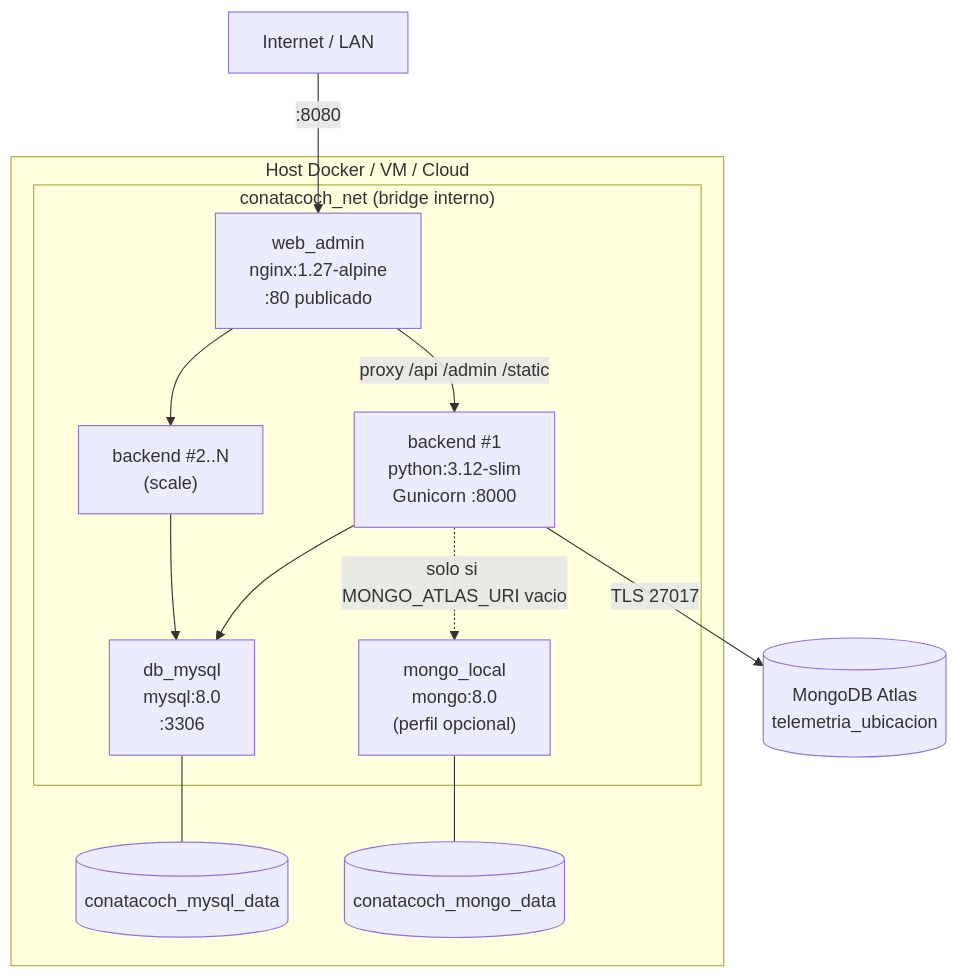
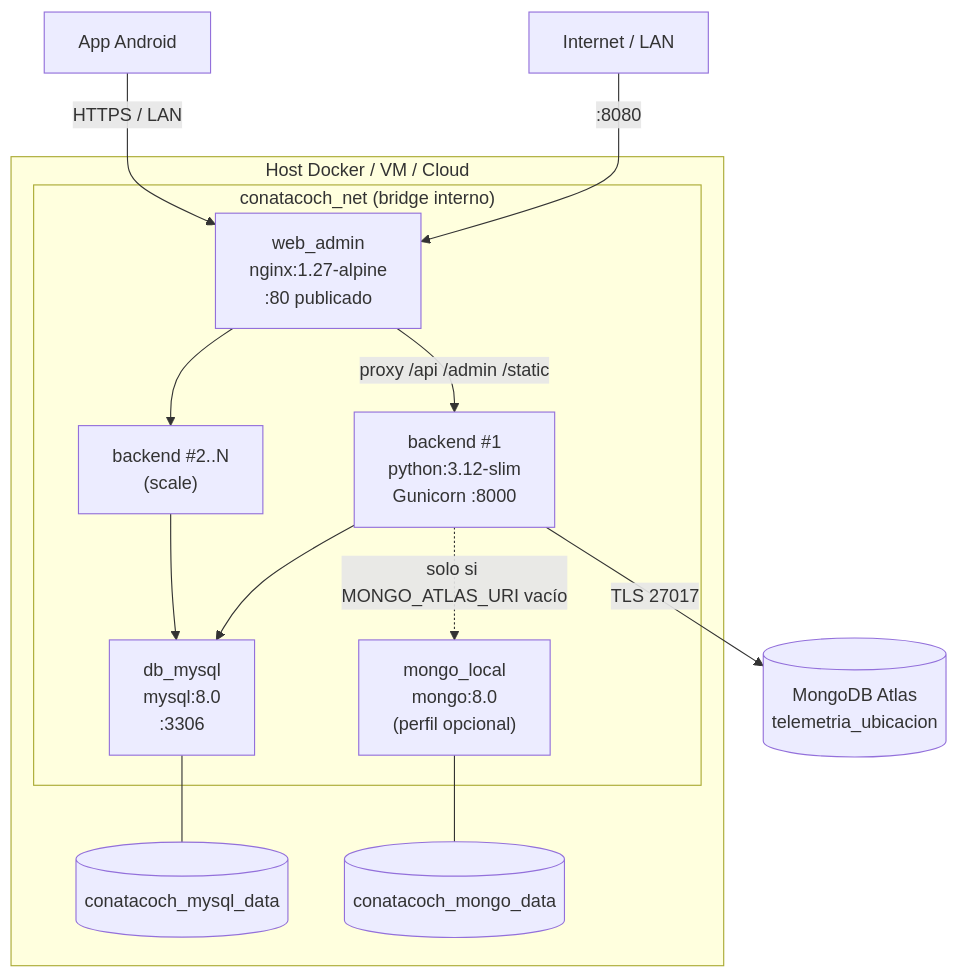
Before and after one commit to NiightSD/PROYECTO-CONATACOCH: the fifth of 6 diagrams in README.md, drawn with Mermaid. The commit also changed other lines of this file and 60 other files, not shown here.

````diff
--- a/README.md
+++ b/README.md
@@ -446,24 +486,25 @@
 ```mermaid
 flowchart TB
     subgraph Host["Host Docker / VM / Cloud"]
         subgraph Net["conatacoch_net (bridge interno)"]
             NGX["web_admin<br/>nginx:1.27-alpine<br/>:80 publicado"]
             BE1["backend #1<br/>python:3.12-slim<br/>Gunicorn :8000"]
             BE2["backend #2..N<br/>(scale)"]
             DB["db_mysql<br/>mysql:8.0<br/>:3306"]
             ML["mongo_local<br/>mongo:8.0<br/>(perfil opcional)"]
         end
         V1[("conatacoch_mysql_data")]
         V2[("conatacoch_mongo_data")]
     end
 
     INTERNET["Internet / LAN"] -->|":8080"| NGX
+    MOBILE["App Android"] -->|"HTTPS / LAN"| NGX
     NGX -->|"proxy /api /admin /static"| BE1
     NGX --> BE2
     BE1 --> DB
     BE2 --> DB
-    BE1 -.->|"solo si MONGO_ATLAS_URI vacio"| ML
+    BE1 -.->|"solo si MONGO_ATLAS_URI vacío"| ML
     BE1 -->|"TLS 27017"| ATLAS[("MongoDB Atlas<br/>telemetria_ubicacion")]
     DB --- V1
     ML --- V2
 ```
````
